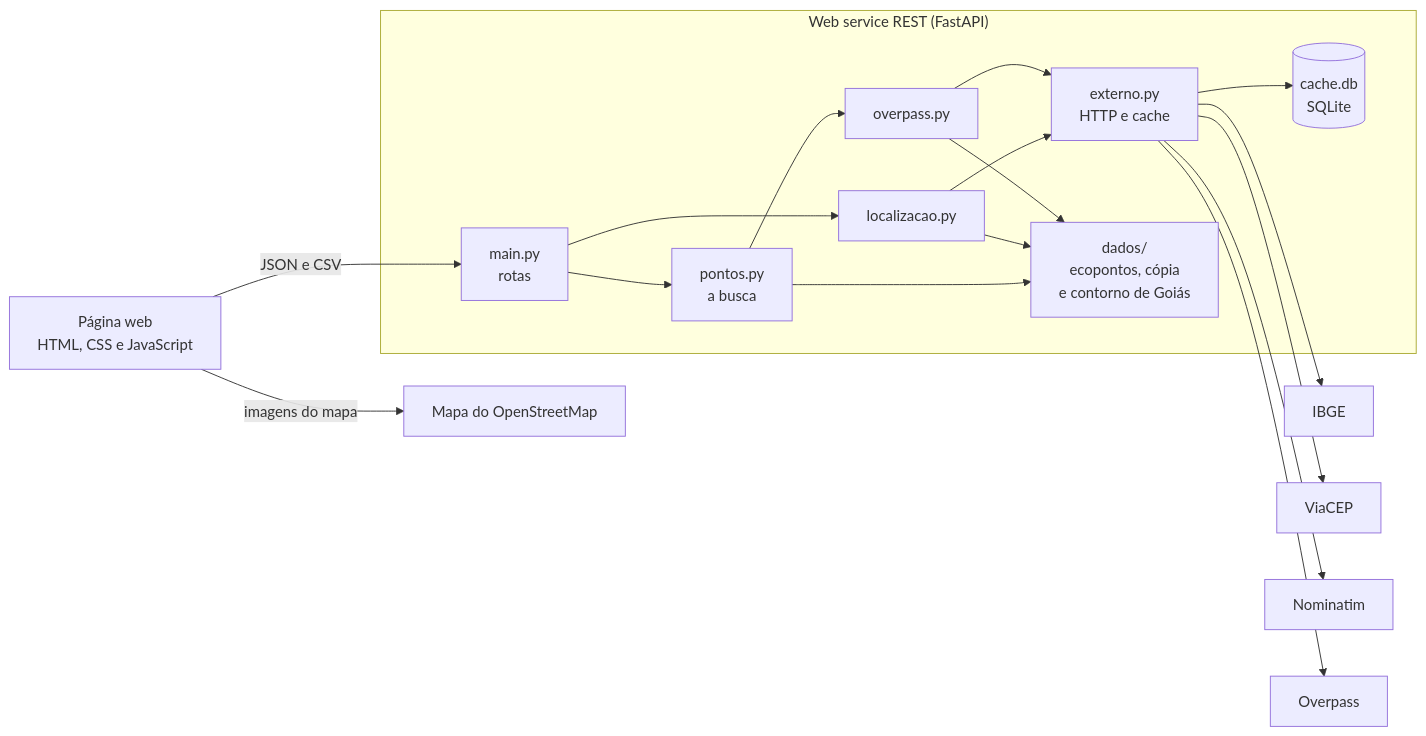
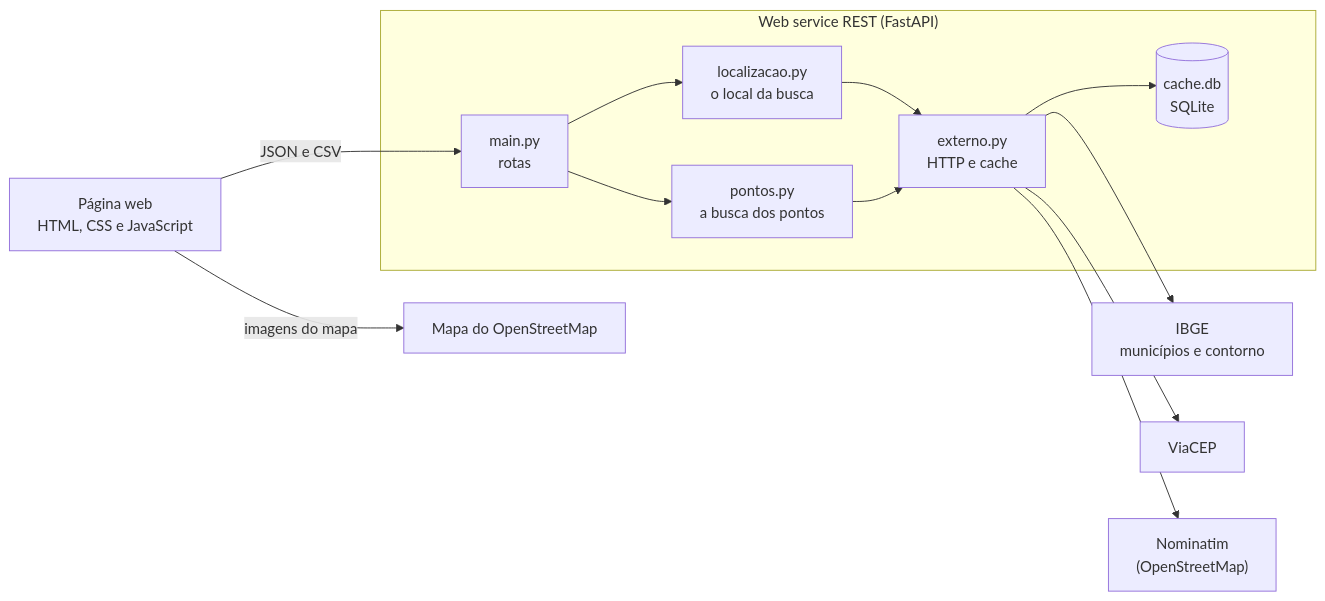
The first of 4 diagrams in docs/DIAGRAMAS.md (GustasSilva/residuogo), drawn with Mermaid before and after one commit. The commit also changed other lines of this file and 26 other files, not shown here.

Commit message:
busca os pontos ao vivo pelo Nominatim e tira os dados guardados no projeto

````diff
--- a/docs/DIAGRAMAS.md
+++ b/docs/DIAGRAMAS.md
@@ -7,36 +7,28 @@
 ```mermaid
 flowchart LR
     pagina["Página web<br/>HTML, CSS e JavaScript"]
 
     subgraph servico["Web service REST (FastAPI)"]
         main["main.py<br/>rotas"]
-        pontos["pontos.py<br/>a busca"]
-        localizacao["localizacao.py"]
-        overpass["overpass.py"]
+        pontos["pontos.py<br/>a busca dos pontos"]
+        localizacao["localizacao.py<br/>o local da busca"]
         externo["externo.py<br/>HTTP e cache"]
         cache[("cache.db<br/>SQLite")]
-        dados["dados/<br/>ecopontos, cópia<br/>e contorno de Goiás"]
     end
 
-    ibge["IBGE"]
+    ibge["IBGE<br/>municípios e contorno"]
     viacep["ViaCEP"]
-    nominatim["Nominatim"]
-    apiOverpass["Overpass"]
+    nominatim["Nominatim<br/>(OpenStreetMap)"]
     tiles["Mapa do OpenStreetMap"]
 
     pagina -- "JSON e CSV" --> main
     pagina -- "imagens do mapa" --> tiles
     main --> localizacao
     main --> pontos
-    pontos --> overpass
-    pontos --> dados
-    localizacao --> dados
-    overpass --> dados
     localizacao --> externo
-    overpass --> externo
+    pontos --> externo
     externo --> cache
     externo --> ibge
     externo --> viacep
     externo --> nominatim
-    externo --> apiOverpass
 ```
````
